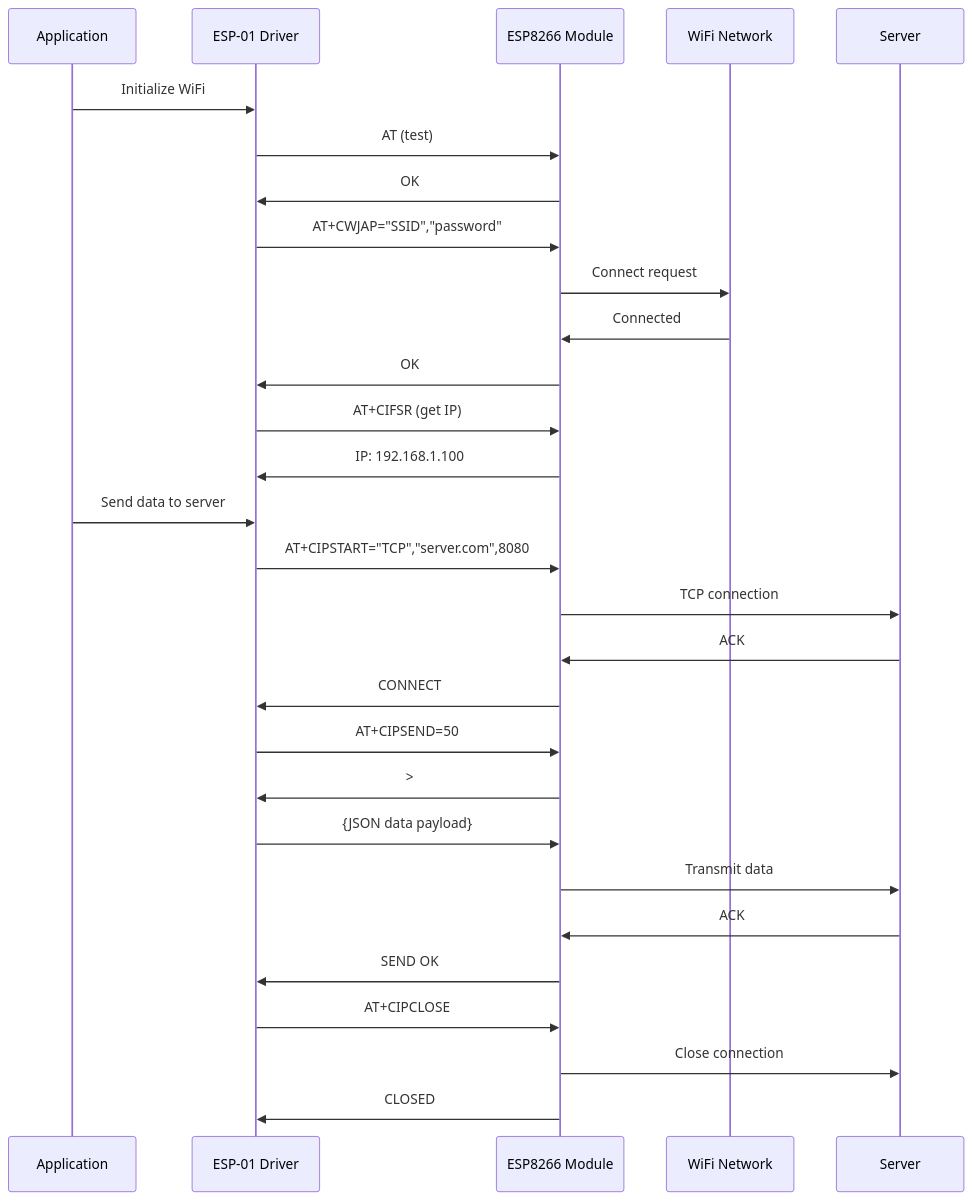
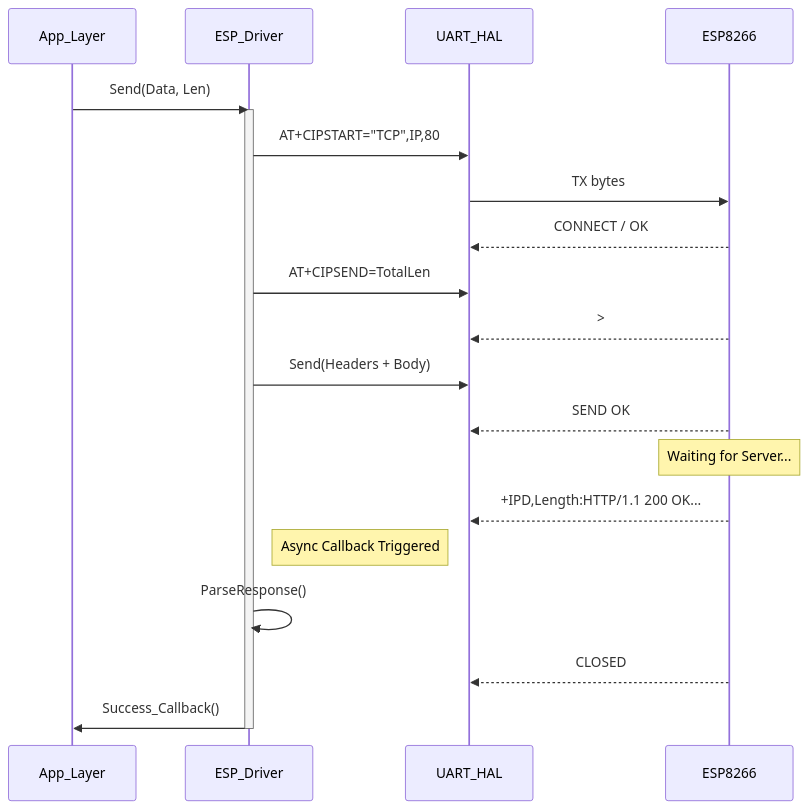
Before and after one commit to Gestell-Solution/Smart_Energy_Management_System: the third of 4 diagrams in Doc/Embedded/New/06_ImplementationDoc/Software_Layers/HAL_Layer/ESP01_WiFi/ESP01_Driver.md, drawn with Mermaid. The commit also changed other lines of this file and 30 other files, not shown here.

Commit message:
Docs: Align Software Layers (MCAL/HAL/App) with SRS and LLD - Add Traceability Matrices

````diff
--- a/Doc/Embedded/New/06_ImplementationDoc/Software_Layers/HAL_Layer/ESP01_WiFi/ESP01_Driver.md
+++ b/Doc/Embedded/New/06_ImplementationDoc/Software_Layers/HAL_Layer/ESP01_WiFi/ESP01_Driver.md
@@ -84,37 +206,32 @@
 ```mermaid
 sequenceDiagram
-    participant APP as Application
-    participant ESP as ESP-01 Driver
-    participant MOD as ESP8266 Module
-    participant WIFI as WiFi Network
-    participant SRV as Server
+    participant APP as App_Layer
+    participant DRV as ESP_Driver
+    participant UART as UART_HAL
+    participant ESP as ESP8266
 
-    APP->>ESP: Initialize WiFi
-    ESP->>MOD: AT (test)
-    MOD->>ESP: OK
+    APP->>DRV: Send(Data, Len)
+    activate DRV
 
-    ESP->>MOD: AT+CWJAP="SSID","password"
-    MOD->>WIFI: Connect request
-    WIFI->>MOD: Connected
-    MOD->>ESP: OK
+    DRV->>UART: AT+CIPSTART="TCP",IP,80
+    UART->>ESP: TX bytes
+    ESP-->>UART: CONNECT / OK
 
-    ESP->>MOD: AT+CIFSR (get IP)
-    MOD->>ESP: IP: 192.168.1.100
+    DRV->>UART: AT+CIPSEND=TotalLen
+    ESP-->>UART: >
 
-    APP->>ESP: Send data to server
-    ESP->>MOD: AT+CIPSTART="TCP","server.com",8080
-    MOD->>SRV: TCP connection
-    SRV->>MOD: ACK
-    MOD->>ESP: CONNECT
+    DRV->>UART: Send(Headers + Body)
+    ESP-->>UART: SEND OK
 
-    ESP->>MOD: AT+CIPSEND=50
-    MOD->>ESP: >
-    ESP->>MOD: {JSON data payload}
-    MOD->>SRV: Transmit data
-    SRV->>MOD: ACK
-    MOD->>ESP: SEND OK
+    Note over ESP: Waiting for Server...
 
-    ESP->>MOD: AT+CIPCLOSE
-    MOD->>SRV: Close connection
-    MOD->>ESP: CLOSED
+    ESP-->>UART: +IPD,Length:HTTP/1.1 200 OK...
+    Note left of UART: Async Callback Triggered
+
+    DRV->>DRV: ParseResponse()
+
+    ESP-->>UART: CLOSED
+
+    DRV->>APP: Success_Callback()
+    deactivate DRV
 ```
````
